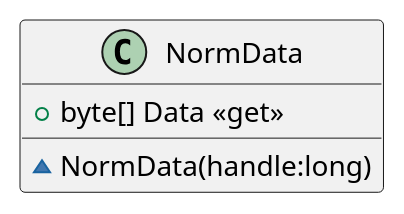
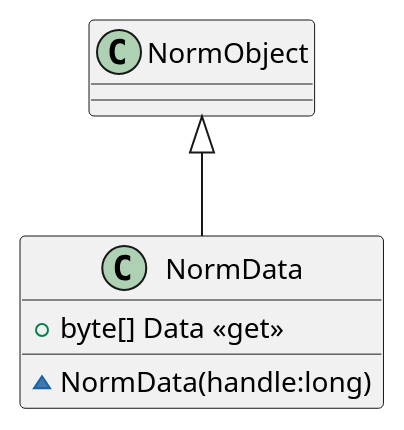
One commit to mullerj/norm changed the diagram in src/dotnet/design/Mil/Navy/Nrl/Norm/NormData.puml. Above: the diagram before and after it, drawn with PlantUML. The commit also changed 6 other files, not shown here.

```diff
--- a/src/dotnet/design/Mil/Navy/Nrl/Norm/NormData.puml
+++ b/src/dotnet/design/Mil/Navy/Nrl/Norm/NormData.puml
@@ -1,6 +1,7 @@
 @startuml
 class NormData {
     ~ NormData(handle:long)
     + byte[] Data <<get>>   
 }
+NormObject <|-- NormData
 @enduml
```
